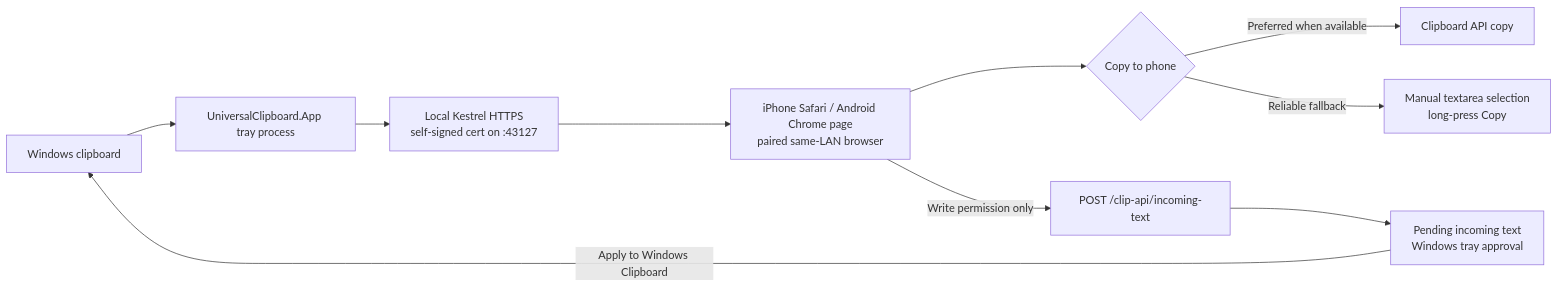
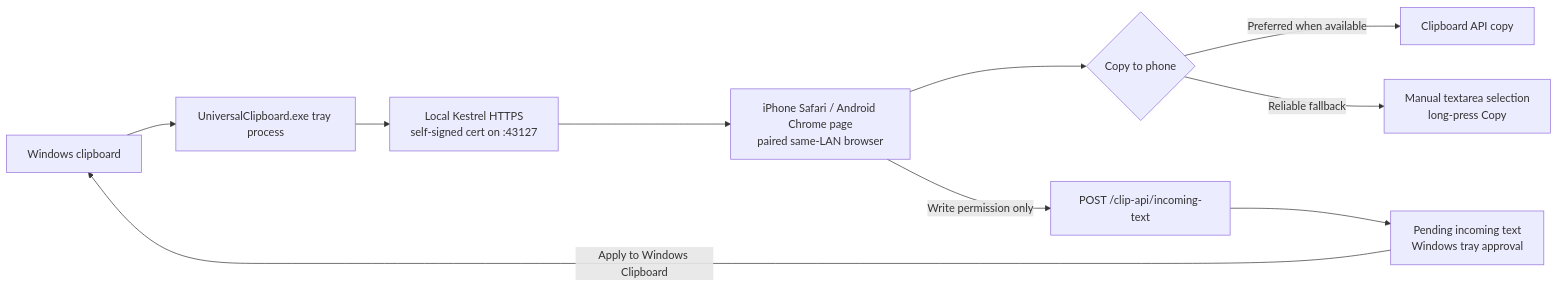
One commit to ray910408/Universal_Clipboard changed the diagram in README.md. Above: the diagram before and after it, drawn with Mermaid. The commit also changed other lines of this file and 2 other files, not shown here.

First line of the commit message:
docs: align Windows release quick start

````diff
--- a/README.md
+++ b/README.md
@@ -73,12 +66,12 @@
 ```mermaid
 flowchart LR
-    A["Windows clipboard"] --> B["UniversalClipboard.App tray process"]
+    A["Windows clipboard"] --> B["UniversalClipboard.exe tray process"]
     B --> C["Local Kestrel HTTPS<br/>self-signed cert on :43127"]
     C --> D["iPhone Safari / Android Chrome page<br/>paired same-LAN browser"]
     D --> E{"Copy to phone"}
     E -->|Preferred when available| F["Clipboard API copy"]
     E -->|Reliable fallback| G["Manual textarea selection<br/>long-press Copy"]
     D -->|Write permission only| H["POST /clip-api/incoming-text"]
     H --> I["Pending incoming text<br/>Windows tray approval"]
     I -->|Apply to Windows Clipboard| A
 ```
````
